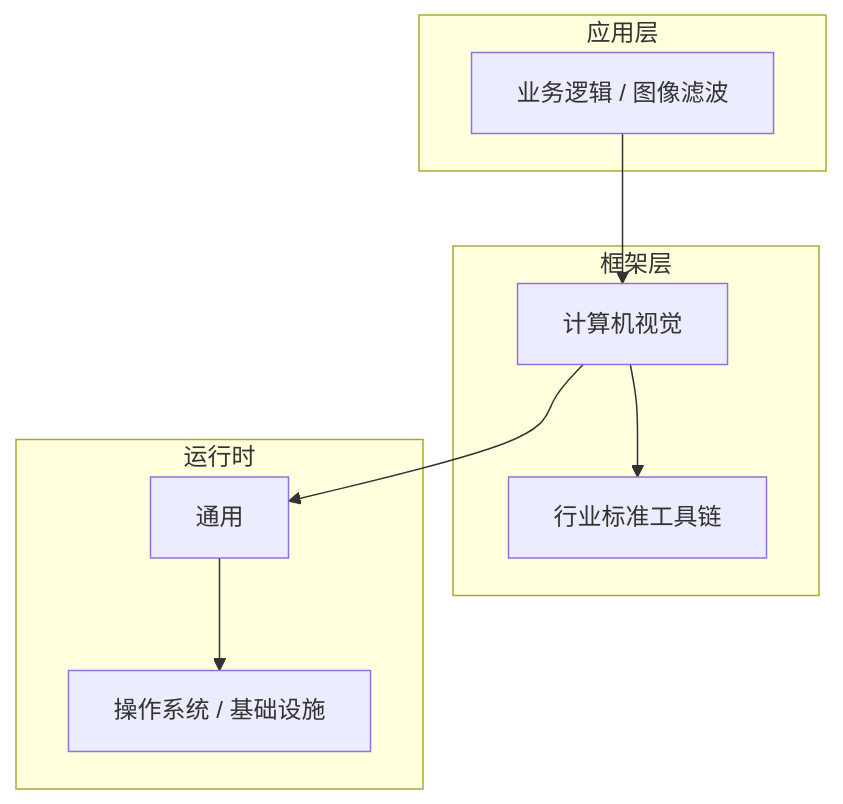
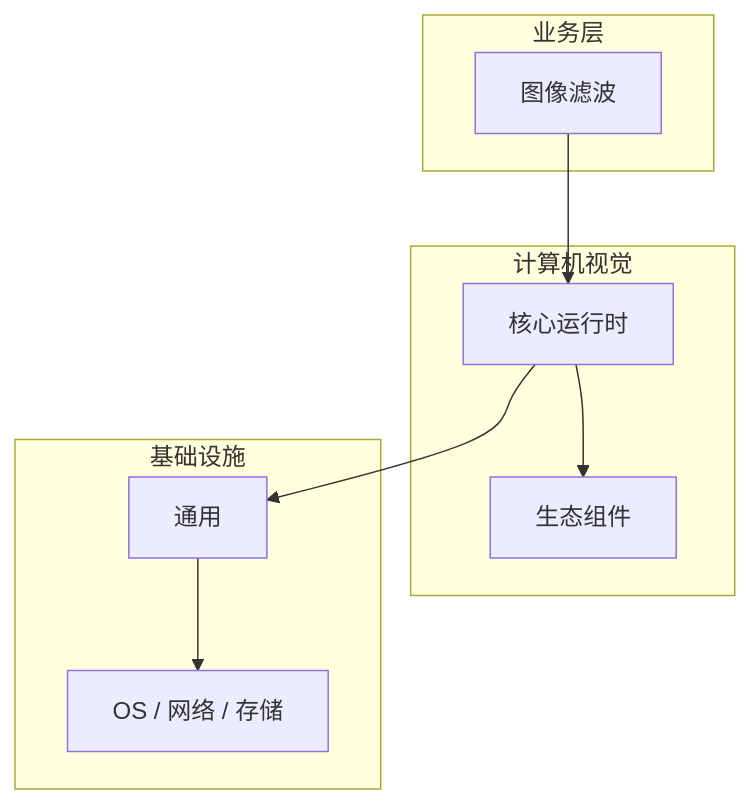
Before and after one commit to yanggan2015/knowledge-json-v2: the diagram in articles/计算机视觉/chapters/013-图像滤波核心概念与原理.md, drawn with Mermaid. The commit also changed other lines of this file and 10127 other files, not shown here.

````diff
--- a/articles/计算机视觉/chapters/013-图像滤波核心概念与原理.md
+++ b/articles/计算机视觉/chapters/013-图像滤波核心概念与原理.md
@@ -45,18 +30,18 @@
 ```mermaid
 graph TB
-    subgraph 应用层
-        A[业务逻辑 / 图像滤波]
+    subgraph 业务层
+        A[图像滤波]
     end
-    subgraph 框架层
-        B[计算机视觉]
-        C[行业标准工具链]
+    subgraph 计算机视觉
+        B[核心运行时]
+        C[生态组件]
     end
-    subgraph 运行时
+    subgraph 基础设施
         D[通用]
-        E[操作系统 / 基础设施]
+        E[OS / 网络 / 存储]
     end
     A --> B
     B --> C
     B --> D
     D --> E
 ```
````
